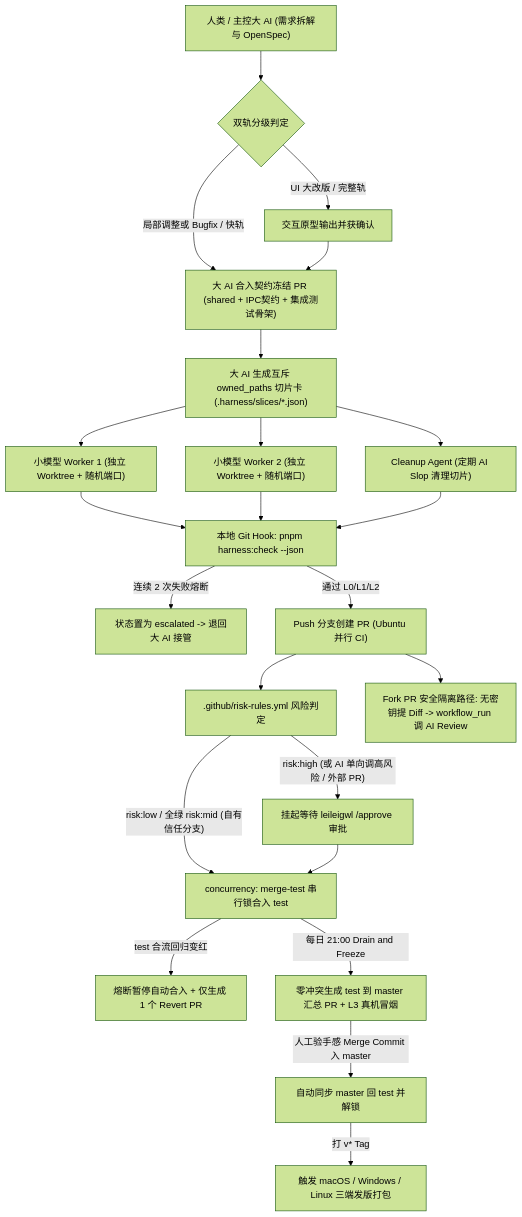
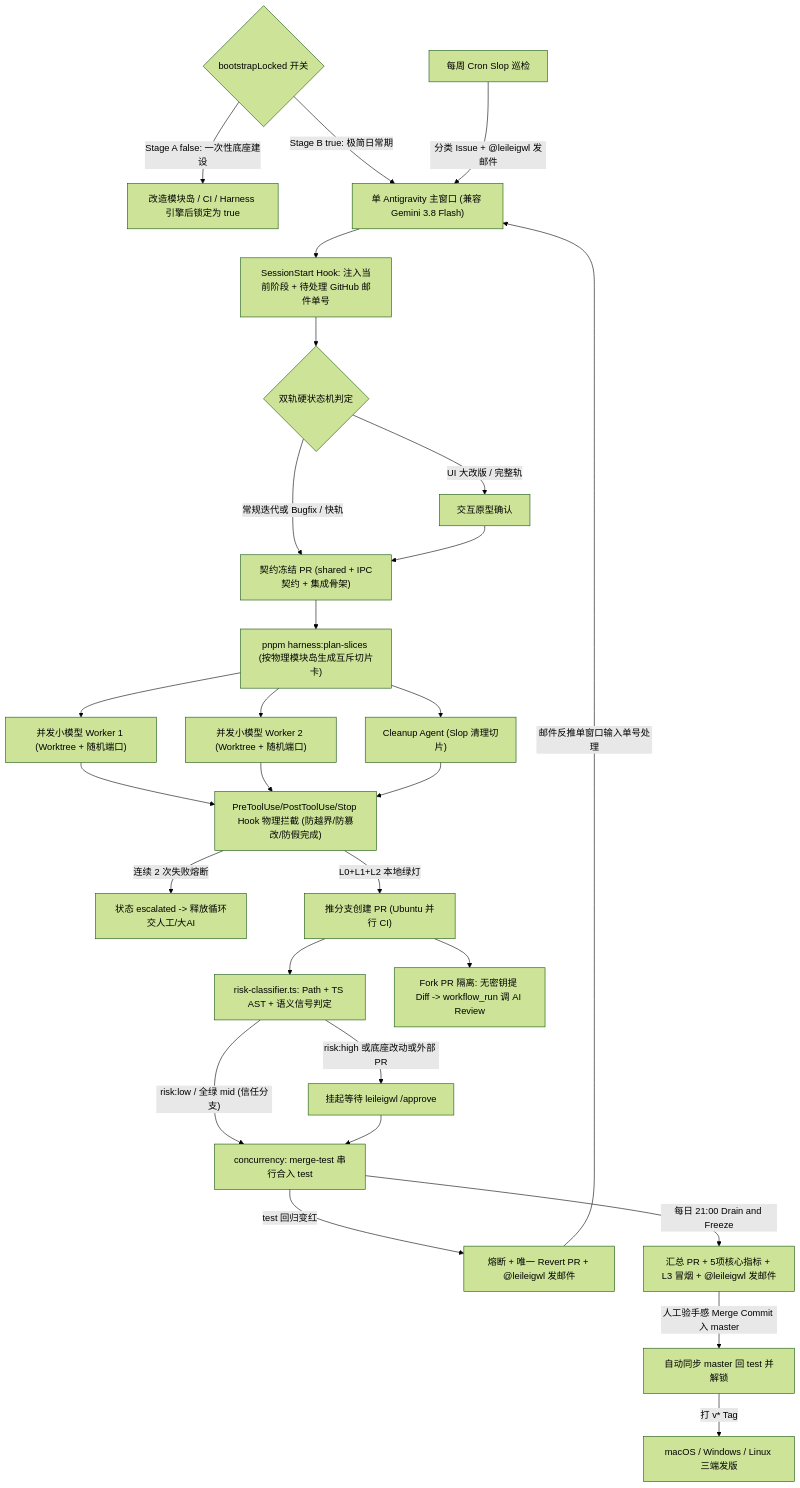
One commit to leileigwl/vmark changed the diagram in openspec/changes/agent-harness-cicd-redesign/design.md. Above: the diagram before and after it, drawn with Mermaid (forest theme). The commit also changed other lines of this file and 6 other files, not shown here.

Commit message:
docs(openspec): add native hooks for small-model orchestrator, AST risk/island gates, bootstrap lock & daily playbook

````diff
--- a/openspec/changes/agent-harness-cicd-redesign/design.md
+++ b/openspec/changes/agent-harness-cicd-redesign/design.md
@@ -22,31 +26,37 @@
 ```mermaid
 flowchart TD
-    U["人类 / 主控大 AI (需求拆解与 OpenSpec)"] --> Track{"双轨分级判定"}
-    Track -->|"UI 大改版 / 完整轨"| Proto["交互原型输出并获确认"]
-    Track -->|"局部调整或 Bugfix / 快轨"| CF["大 AI 合入契约冻结 PR (shared + IPC契约 + 集成测试骨架)"]
+    Boot{"bootstrapLocked 开关"} -->|"Stage A false: 一次性底座建设"| Setup["改造模块岛 / CI / Harness 引擎后锁定为 true"]
+    Boot -->|"Stage B true: 极简日常期"| Win["单 Antigravity 主窗口 (兼容 Gemini 3.8 Flash)"]
+
+    Win --> SS["SessionStart Hook: 注入当前阶段 + 待处理 GitHub 邮件单号"]
+    SS --> Track{"双轨硬状态机判定"}
+    Track -->|"UI 大改版 / 完整轨"| Proto["交互原型确认"]
+    Track -->|"常规迭代或 Bugfix / 快轨"| CF["契约冻结 PR (shared + IPC契约 + 集成骨架)"]
     Proto --> CF
 
-    CF --> Split["大 AI 生成互斥 owned_paths 切片卡 (.harness/slices/*.json)"]
-    Split --> W1["小模型 Worker 1 (独立 Worktree + 随机端口)"]
-    Split --> W2["小模型 Worker 2 (独立 Worktree + 随机端口)"]
-    Split --> W3["Cleanup Agent (定期 AI Slop 清理切片)"]
+    CF --> Plan["pnpm harness:plan-slices (按物理模块岛生成互斥切片卡)"]
+    Plan --> W1["并发小模型 Worker 1 (Worktree + 随机端口)"]
+    Plan --> W2["并发小模型 Worker 2 (Worktree + 随机端口)"]
+    Plan --> W3["Cleanup Agent (Slop 清理切片)"]
 
-    W1 --> LocalGate["本地 Git Hook: pnpm harness:check --json"]
-    W2 --> LocalGate
-    W3 --> LocalGate
+    W1 --> Hooks["PreToolUse/PostToolUse/Stop Hook 物理拦截 (防越界/防篡改/防假完成)"]
+    W2 --> Hooks
+    W3 --> Hooks
 
-    LocalGate -->|"连续 2 次失败熔断"| Escalate["状态置为 escalated -> 退回大 AI 接管"]
-    LocalGate -->|"通过 L0/L1/L2"| PR["Push 分支创建 PR (Ubuntu 并行 CI)"]
+    Hooks -->|"连续 2 次失败熔断"| Esc["状态 escalated -> 释放循环交人工/大AI"]
+    Hooks -->|"L0+L1+L2 本地绿灯"| PR["推分支创建 PR (Ubuntu 并行 CI)"]
 
-    PR --> RiskEngine[".github/risk-rules.yml 风险判定"]
-    PR --> ForkIso["Fork PR 安全隔离路径: 无密钥提 Diff -> workflow_run 调 AI Review"]
+    PR --> Risk["risk-classifier.ts: Path + TS AST + 语义信号判定"]
+    PR --> ForkIso["Fork PR 隔离: 无密钥提 Diff -> workflow_run 调 AI Review"]
 
-    RiskEngine -->|"risk:low / 全绿 risk:mid (自有信任分支)"| Queue["concurrency: merge-test 串行锁合入 test"]
-    RiskEngine -->|"risk:high (或 AI 单向调高风险 / 外部 PR)"| WaitApprove["挂起等待 leileigwl /approve 审批"]
-    WaitApprove --> Queue
+    Risk -->|"risk:low / 全绿 mid (信任分支)"| Queue["concurrency: merge-test 串行合入 test"]
+    Risk -->|"risk:high 或底座改动或外部 PR"| Wait["挂起等待 leileigwl /approve"]
+    Wait --> Queue
 
-    Queue -->|"test 合流回归变红"| SafeRevert["熔断暂停自动合入 + 仅生成 1 个 Revert PR"]
-    Queue -->|"每日 21:00 Drain and Freeze"| DailyPR["零冲突生成 test 到 master 汇总 PR + L3 真机冒烟"]
-    DailyPR -->|"人工验手感 Merge Commit 入 master"| SyncBack["自动同步 master 回 test 并解锁"]
-    SyncBack -->|"打 v* Tag"| Release["触发 macOS / Windows / Linux 三端发版打包"]
+    Queue -->|"test 回归变红"| Rev["熔断 + 唯一 Revert PR + @leileigwl 发邮件"]
+    Queue -->|"每日 21:00 Drain and Freeze"| Daily["汇总 PR + 5项核心指标 + L3 冒烟 + @leileigwl 发邮件"]
+    Cron["每周 Cron Slop 巡检"] -->|"分类 Issue + @leileigwl 发邮件"| Win
+    Rev -->|"邮件反推单窗口输入单号处理"| Win
+    Daily -->|"人工验手感 Merge Commit 入 master"| Sync["自动同步 master 回 test 并解锁"]
+    Sync -->|"打 v* Tag"| Rel["macOS / Windows / Linux 三端发版"]
 ```
````
